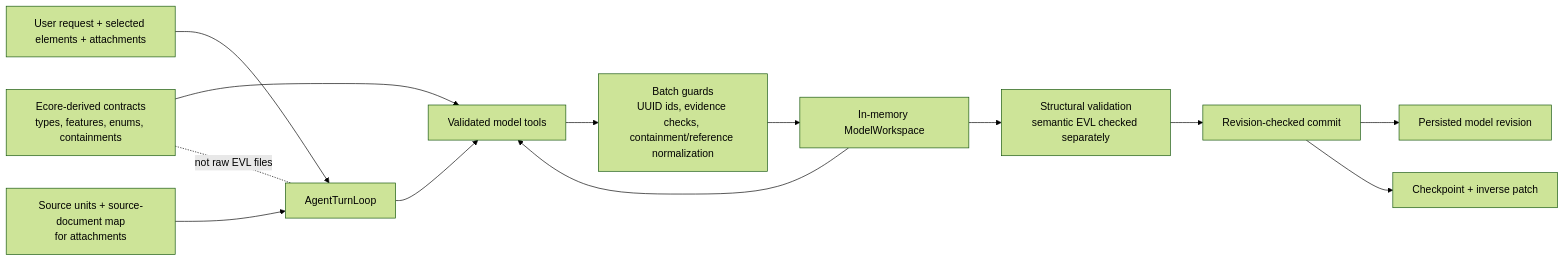
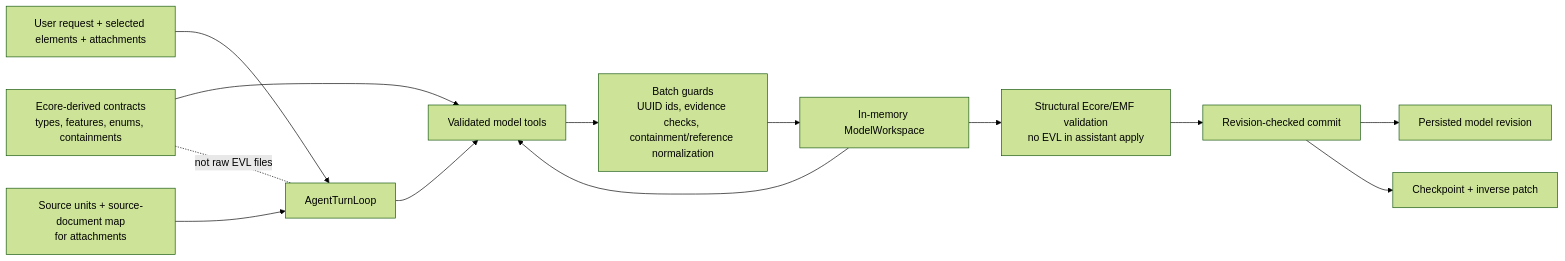
The third of 3 diagrams in docs/diagrams/14-ai-assistant-architecture.md (mehdieidi/modriss), drawn with Mermaid (forest theme) before and after one commit. The commit also changed other lines of this file and 13 other files, not shown here.

Commit message:
refactor(validation): separate structural validation from semantic checks in assistant workflow

````diff
--- a/docs/diagrams/14-ai-assistant-architecture.md
+++ b/docs/diagrams/14-ai-assistant-architecture.md
@@ -79,25 +79,25 @@
 ```mermaid
 flowchart LR
     user["User request + selected elements + attachments"]
     contracts["Ecore-derived contracts<br/>types, features, enums, containments"]
     source["Source units + source-document map<br/>for attachments"]
     workspace["In-memory ModelWorkspace"]
     agent["AgentTurnLoop"]
     tools["Validated model tools"]
     guards["Batch guards<br/>UUID ids, evidence checks, containment/reference normalization"]
-    validate["Structural validation<br/>semantic EVL checked separately"]
+    validate["Structural Ecore/EMF validation<br/>no EVL in assistant apply"]
     commit["Revision-checked commit"]
     checkpoint["Checkpoint + inverse patch"]
     storage["Persisted model revision"]
 
     user --> agent
     source --> agent
     contracts --> tools
     workspace --> tools
     agent --> tools
     tools --> guards --> workspace
     workspace --> validate
     validate --> commit --> storage
     commit --> checkpoint
     contracts -. "not raw EVL files" .- agent
 ```
````
